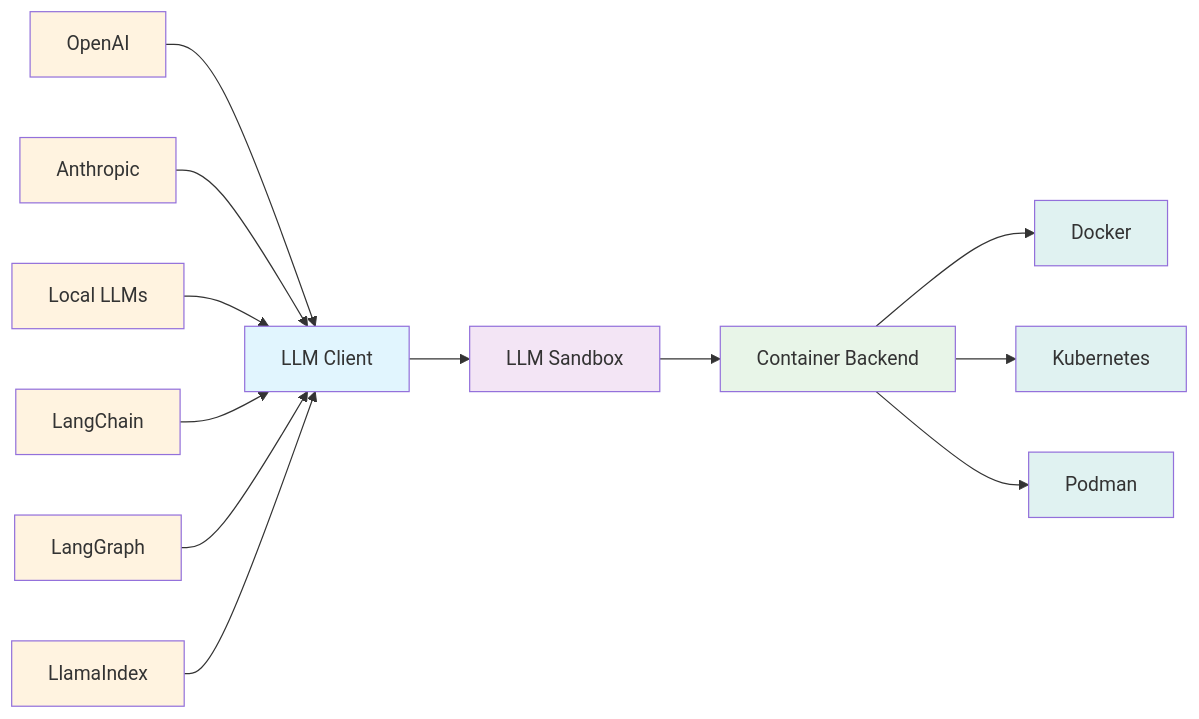
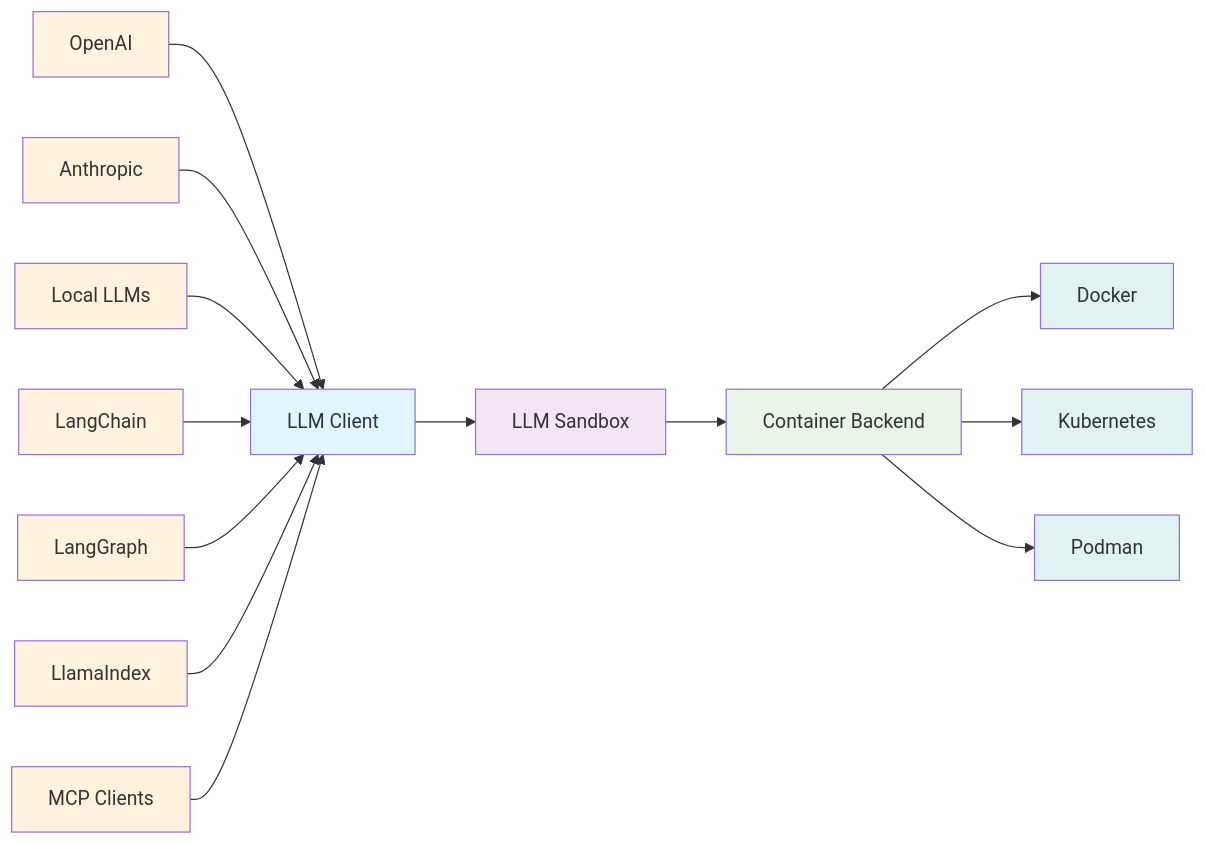
The diagram in README.md (vndee/llm-sandbox), drawn with Mermaid before and after one commit. The commit also changed other lines of this file, not shown here.

Commit message:
Update README to include support for Model Context Protocol (MCP) server, detailing secure code execution, multi-language support, installation instructions, and configuration examples for various backends.

````diff
--- a/README.md
+++ b/README.md
@@ -471,29 +586,31 @@
 ```mermaid
 graph LR
     A[LLM Client] --> B[LLM Sandbox]
     B --> C[Container Backend]
 
     A1[OpenAI] --> A
     A2[Anthropic] --> A
     A3[Local LLMs] --> A
     A4[LangChain] --> A
     A5[LangGraph] --> A
     A6[LlamaIndex] --> A
+    A7[MCP Clients] --> A
 
     C --> C1[Docker]
     C --> C2[Kubernetes]
     C --> C3[Podman]
 
     style A fill:#e1f5fe
     style B fill:#f3e5f5
     style C fill:#e8f5e8
     style A1 fill:#fff3e0
     style A2 fill:#fff3e0
     style A3 fill:#fff3e0
     style A4 fill:#fff3e0
     style A5 fill:#fff3e0
     style A6 fill:#fff3e0
+    style A7 fill:#fff3e0
     style C1 fill:#e0f2f1
     style C2 fill:#e0f2f1
     style C3 fill:#e0f2f1
 ```
````
